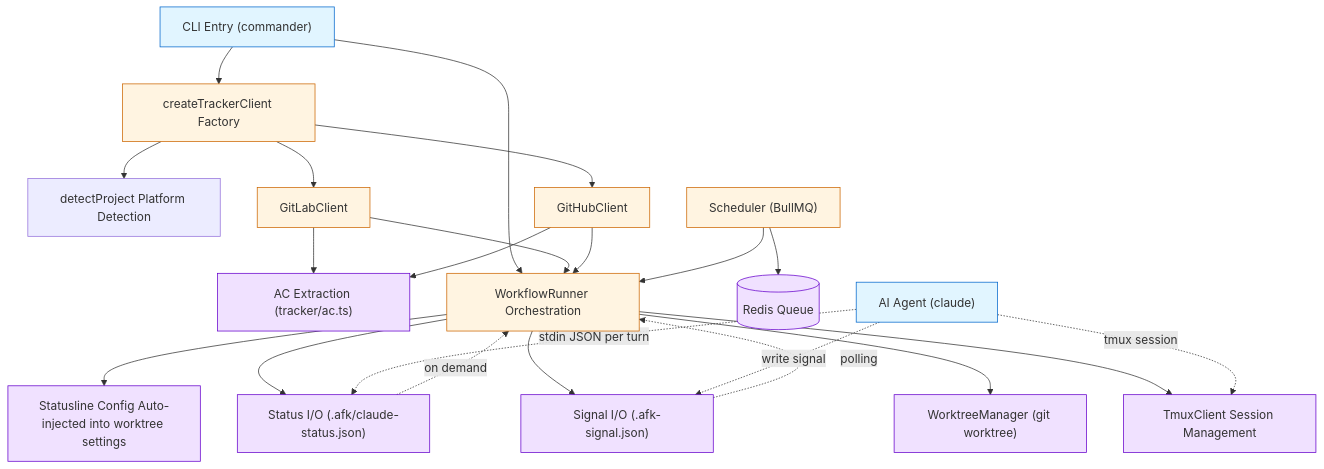
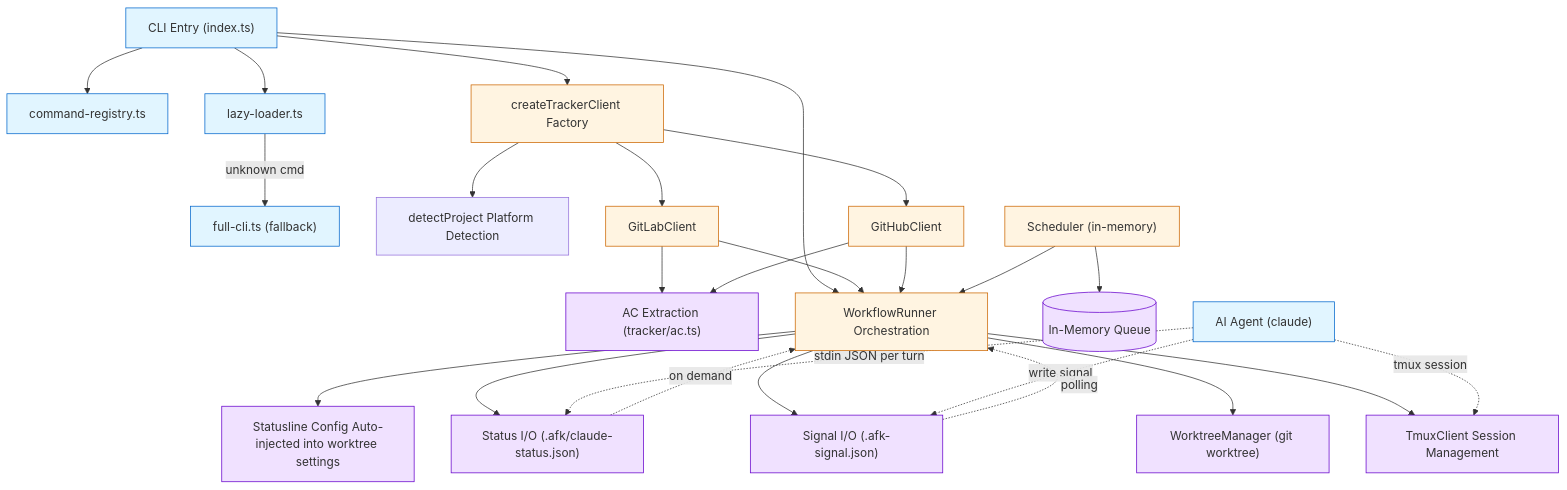
The first of 13 diagrams in docs/ARCHITECTURE.md (easyhaloo/afk), drawn with Mermaid before and after one commit. The commit also changed other lines of this file and 6 other files, not shown here.

First line of the commit message:
refactor: align ARCHITECTURE docs with actual implementation

````diff
--- a/docs/ARCHITECTURE.md
+++ b/docs/ARCHITECTURE.md
@@ -22,52 +52,58 @@
 ```mermaid
 graph TD
-    CLI["CLI Entry (commander)"]
+    CLI["CLI Entry (index.ts)"]
+    REG["command-registry.ts"]
+    LZ["lazy-loader.ts"]
+    FULL["full-cli.ts (fallback)"]
     Factory["createTrackerClient Factory"]
     Detect["detectProject Platform Detection"]
     GL["GitLabClient"]
     GH["GitHubClient"]
     AC["AC Extraction (tracker/ac.ts)"]
     Runner["WorkflowRunner Orchestration"]
     WT["WorktreeManager (git worktree)"]
     TMUX["TmuxClient Session Management"]
     SIG["Signal I/O (.afk-signal.json)"]
     STATUS["Status I/O (.afk/claude-status.json)"]
     SCONF["Statusline Config Auto-injected into worktree settings"]
-    Sched["Scheduler (BullMQ)"]
-    Queue[("Redis Queue")]
+    Sched["Scheduler (in-memory)"]
+    Queue[("In-Memory Queue")]
     Agent["AI Agent (claude)"]
 
+    CLI --> REG
+    CLI --> LZ
+    LZ -->|unknown cmd| FULL
     CLI --> Factory
     Factory --> Detect
     Factory --> GL
     Factory --> GH
 
     CLI --> Runner
     GL --> Runner
     GH --> Runner
     GL --> AC
     GH --> AC
 
     Runner --> WT
     Runner --> TMUX
     Runner --> SIG
     Runner --> STATUS
     Runner --> SCONF
 
     Sched --> Runner
     Sched --> Queue
 
     Agent -. tmux session .-> TMUX
     Agent -. write signal .-> SIG
     Agent -. stdin JSON per turn .-> STATUS
     SIG -. polling .-> Runner
     STATUS -. on demand .-> Runner
 
-    classDef ext fill:#e1f5ff,stroke:#0066cc
+    classDef cli fill:#e1f5ff,stroke:#0066cc
     classDef core fill:#fff4e1,stroke:#cc6600
     classDef io fill:#f0e1ff,stroke:#6600cc
 
-    class CLI,Agent ext
+    class CLI,REG,LZ,FULL,Agent cli
     class Runner,Factory,GL,GH,Sched core
     class WT,TMUX,SIG,STATUS,SCONF,Queue,AC io
 ```
````
